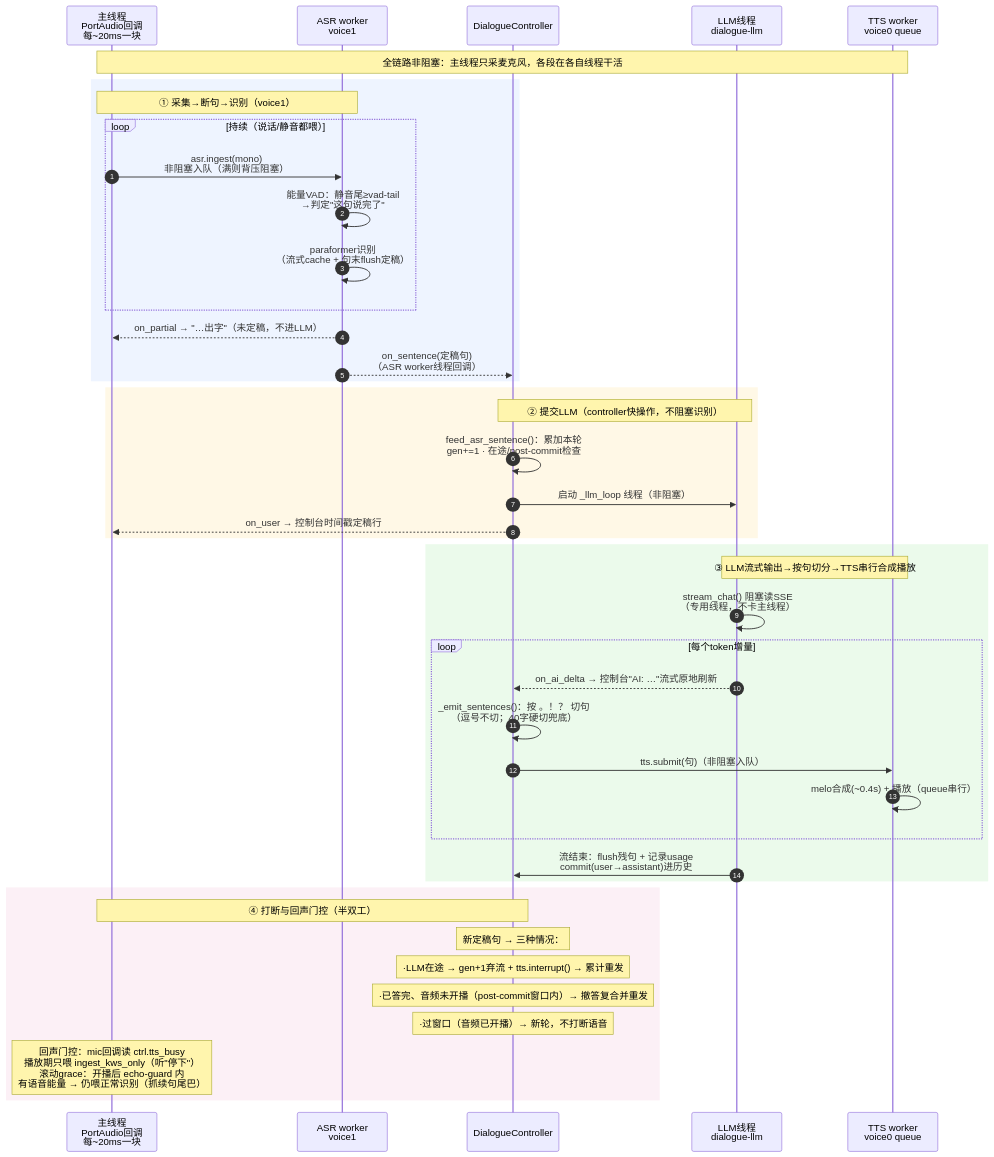
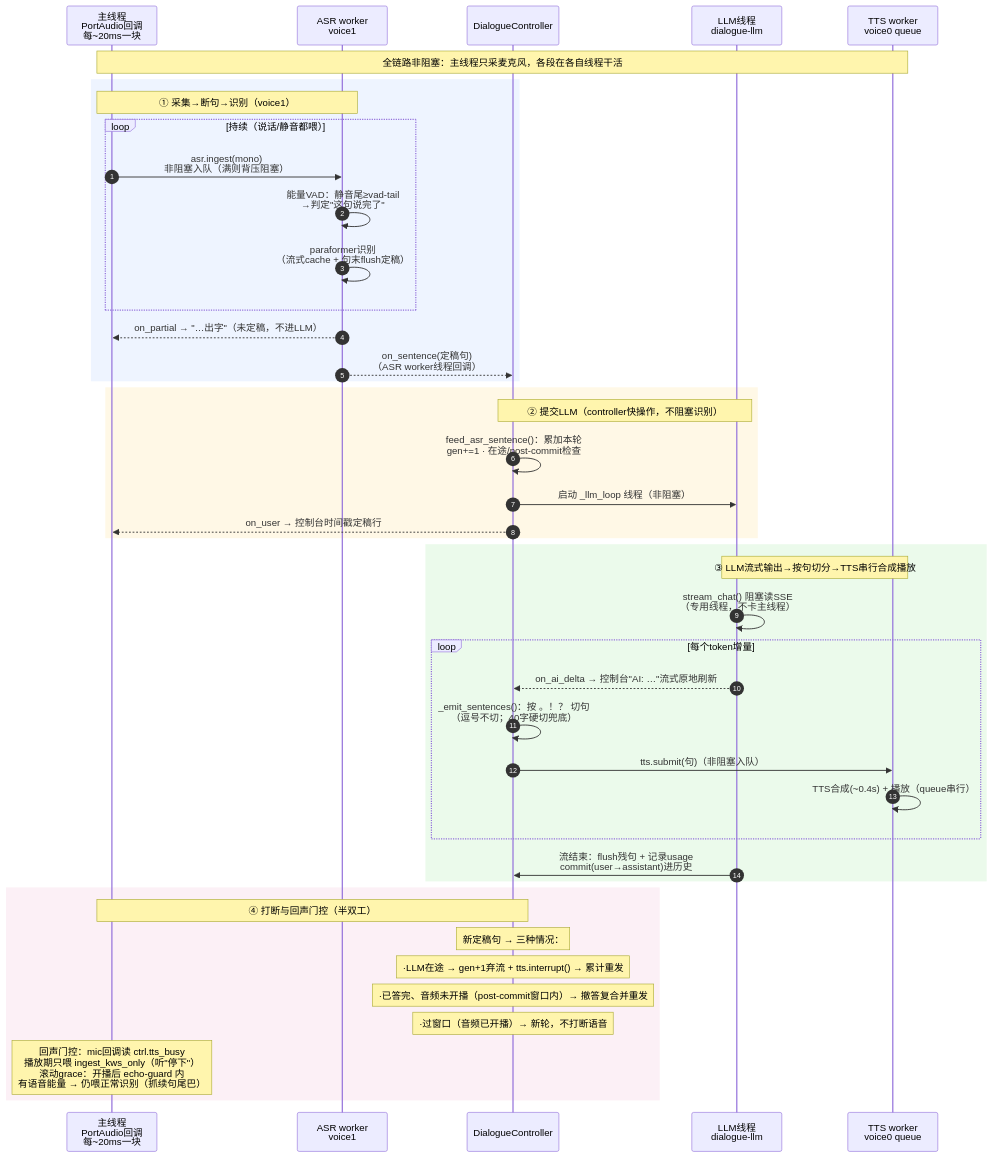
Before and after one commit to celestezj/voice1: the first of 2 diagrams in docs/voice-dialogue.md, drawn with Mermaid. The commit also changed other lines of this file and 5 other files, not shown here.

````diff
--- a/docs/voice-dialogue.md
+++ b/docs/voice-dialogue.md
@@ -104,50 +112,50 @@
 ```mermaid
 sequenceDiagram
     autonumber
     participant MIC as 主线程<br/>PortAudio回调<br/>每~20ms一块
     participant ASR as ASR worker<br/>voice1
     participant CTL as DialogueController
     participant LLM as LLM线程<br/>dialogue-llm
     participant TTS as TTS worker<br/>voice0 queue
 
     Note over MIC,TTS: 全链路非阻塞：主线程只采麦克风，各段在各自线程干活
 
     rect rgb(238,244,255)
     Note over MIC,ASR: ① 采集→断句→识别（voice1）
     loop 持续（说话/静音都喂）
         MIC->>ASR: asr.ingest(mono)<br/>非阻塞入队（满则背压阻塞）
         ASR->>ASR: 能量VAD：静音尾≥vad-tail<br/>→判定"这句说完了"
         ASR->>ASR: paraformer识别<br/>（流式cache + 句末flush定稿）
     end
     ASR-->>MIC: on_partial → "…出字"（未定稿，不进LLM）
     ASR-->>CTL: on_sentence(定稿句)<br/>（ASR worker线程回调）
     end
 
     rect rgb(255,248,230)
     Note over CTL,LLM: ② 提交LLM（controller快操作，不阻塞识别）
     CTL->>CTL: feed_asr_sentence()：累加本轮<br/>gen+=1 · 在途/post-commit检查
     CTL->>LLM: 启动 _llm_loop 线程（非阻塞）
     CTL-->>MIC: on_user → 控制台时间戳定稿行
     end
 
     rect rgb(235,250,235)
     Note over LLM,TTS: ③ LLM流式输出→按句切分→TTS串行合成播放
     LLM->>LLM: stream_chat() 阻塞读SSE<br/>（专用线程，不卡主线程）
     loop 每个token增量
         LLM-->>CTL: on_ai_delta → 控制台"AI: …"流式原地刷新
         CTL->>CTL: _emit_sentences()：按 。！？ 切句<br/>（逗号不切；40字硬切兜底）
         CTL->>TTS: tts.submit(句)（非阻塞入队）
-        TTS->>TTS: melo合成(~0.4s) + 播放（queue串行）
+        TTS->>TTS: TTS合成(~0.4s) + 播放（queue串行）
     end
     LLM->>CTL: 流结束：flush残句 + 记录usage<br/>commit(user→assistant)进历史
     end
 
     rect rgb(252,240,246)
     Note over MIC,CTL: ④ 打断与回声门控（半双工）
     Note over CTL: 新定稿句 → 三种情况：
     Note over CTL: ·LLM在途 → gen+1弃流 + tts.interrupt() → 累计重发
     Note over CTL: ·已答完、音频未开播（post-commit窗口内）→ 撤答复合并重发
     Note over CTL: ·过窗口（音频已开播）→ 新轮，不打断语音
     Note over MIC: 回声门控：mic回调读 ctrl.tts_busy<br/>播放期只喂 ingest_kws_only（听"停下"）<br/>滚动grace：开播后 echo-guard 内<br/>有语音能量 → 仍喂正常识别（抓续句尾巴）
     end
 ```
````
